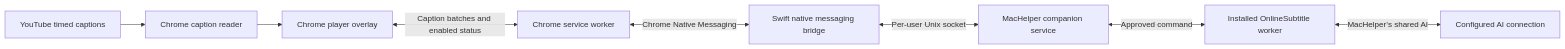
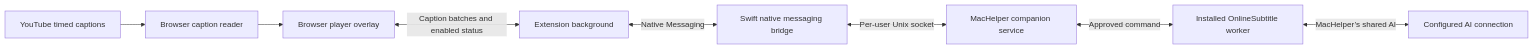
One commit to bosstwobread/OnlineSubtitle-MacHelper changed the diagram in README.md. Above: the diagram before and after it, drawn with Mermaid. The commit also changed other lines of this file and 21 other files, not shown here.

````diff
--- a/README.md
+++ b/README.md
@@ -26,18 +28,18 @@
 ```mermaid
 flowchart LR
     YT["YouTube timed captions"]
-    EX["Chrome caption reader"]
-    UI["Chrome player overlay"]
-    SW["Chrome service worker"]
+    EX["Browser caption reader"]
+    UI["Browser player overlay"]
+    SW["Extension background"]
     BR["Swift native messaging bridge"]
     MH["MacHelper companion service"]
     WK["Installed OnlineSubtitle worker"]
     AI["Configured AI connection"]
 
     YT --> EX --> UI
     UI <-->|"Caption batches and enabled status"| SW
-    SW <-->|"Chrome Native Messaging"| BR
+    SW <-->|"Native Messaging"| BR
     BR <-->|"Per-user Unix socket"| MH
     MH <-->|"Approved command"| WK
     WK <-->|"MacHelper’s shared AI"| AI
 ```
````
